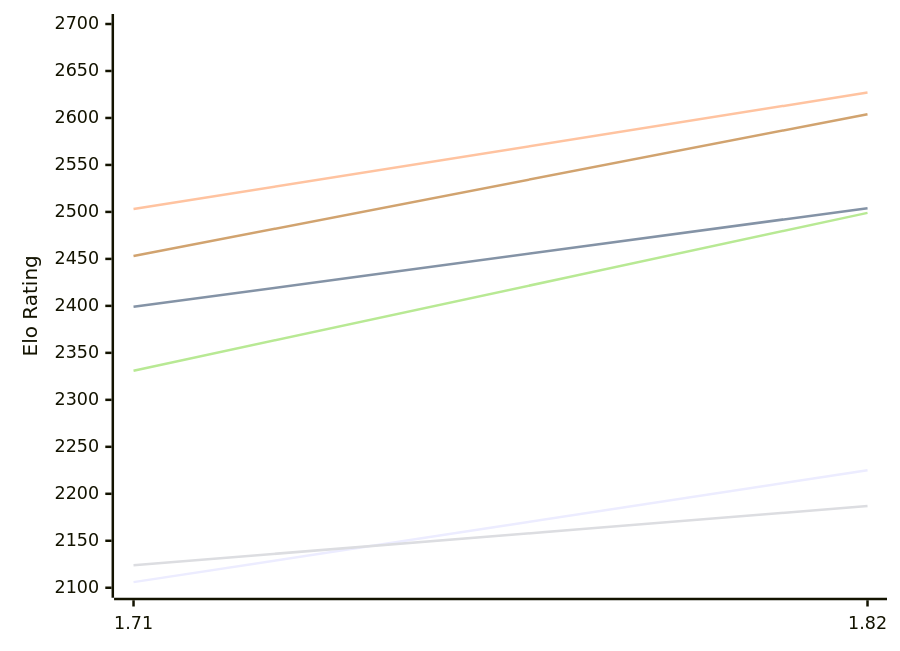
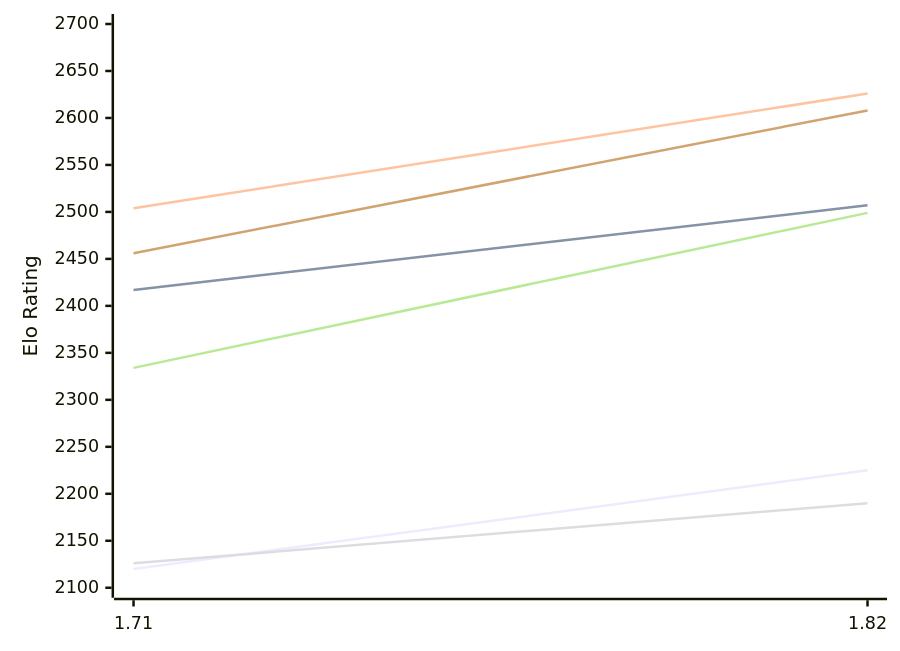
One commit to computer-chess-index/cci changed the first of 2 diagrams in engines/Amira.md. Above: the diagram before and after it, drawn with Mermaid. The commit also changed other lines of this file, not shown here.

Commit message:
Update CCI Ratings (ELO VLTC) - 2026-11-24

````diff
--- a/engines/Amira.md
+++ b/engines/Amira.md
@@ -50,12 +50,12 @@
 ```mermaid
 %%{init: {"theme":"base","themeVariables":{"seriesColors:['#a3a3a3','#222221','#faa371']}}}%%
 xychart-beta
   x-axis ["1.71", "1.82"]
   y-axis "Elo Rating" 2100 --> 2700
-  line "E1: STC (8.0+0.08s)" [2106, 2225]
-  line "E1: LTC (60.0+0.60s)" [2399, 2504]
-  line "E1: VLTC (2m24s+1.12s)" [2503, 2627]
-  line "P1: STC (8.0+0.08s)" [2124, 2187]
-  line "P1: LTC (60.0+0.60s)" [2331, 2499]
-  line "P1: VLTC (2m24s+1.12s)" [2453, 2604]
+  line "E1: STC (8.0+0.08s)" [2120, 2225]
+  line "E1: LTC (60.0+0.60s)" [2417, 2507]
+  line "E1: VLTC (2m24s+1.12s)" [2504, 2626]
+  line "P1: STC (8.0+0.08s)" [2126, 2190]
+  line "P1: LTC (60.0+0.60s)" [2334, 2499]
+  line "P1: VLTC (2m24s+1.12s)" [2456, 2608]
 ```
````
